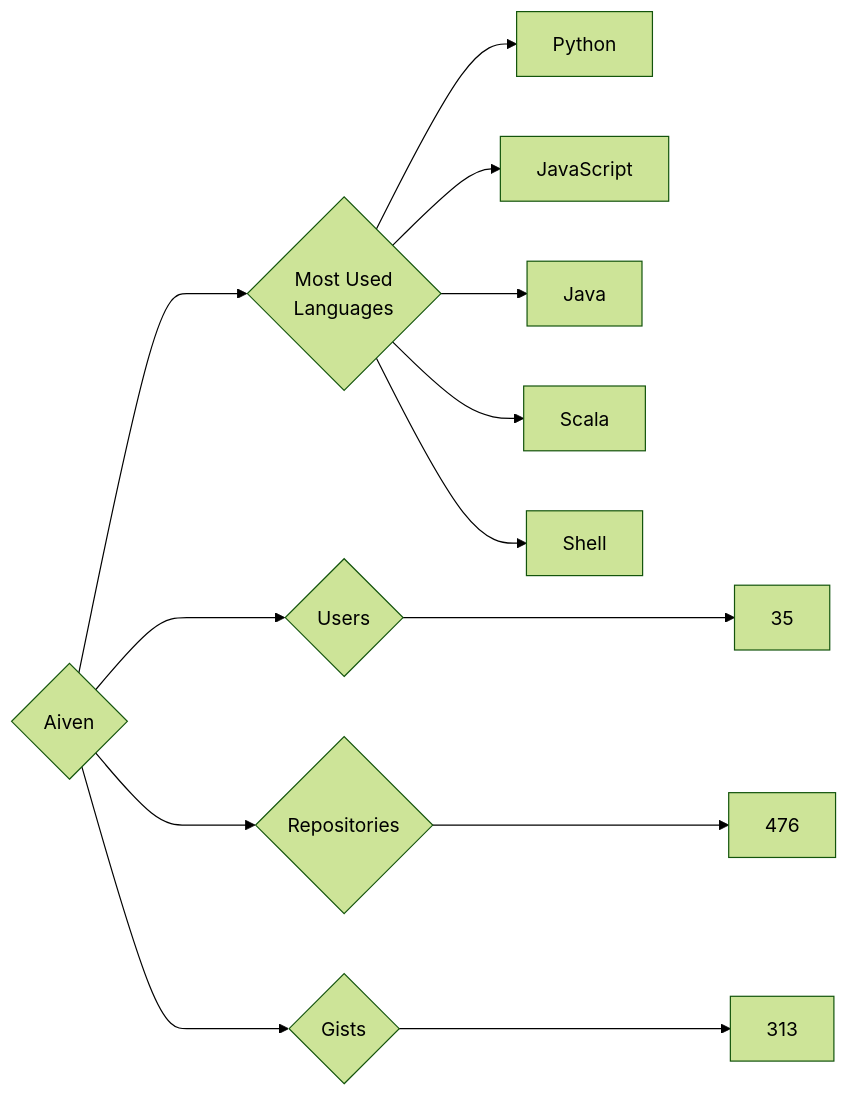
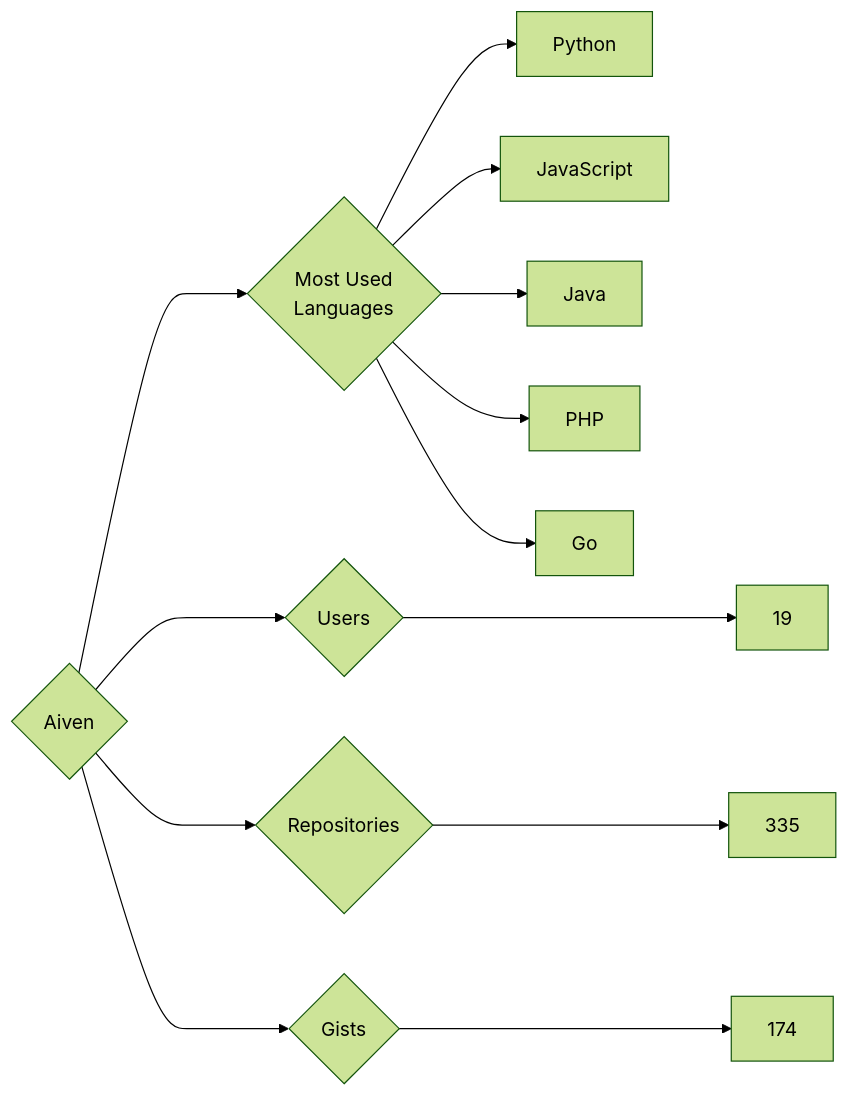
Before and after one commit to trickest/insiders: the diagram in targets/Aiven/README.md, drawn with Mermaid (forest theme). The commit also changed 676 other files, not shown here.

````diff
--- a/targets/Aiven/README.md
+++ b/targets/Aiven/README.md
@@ -3,13 +3,13 @@
 ```mermaid
 graph LR
 COMPANY_NAME{Aiven}
-COMPANY_NAME ---> U{Users} ---> UN[35]
-COMPANY_NAME ---> R{Repositories} ---> RN[476]
-COMPANY_NAME ---> G{Gists} ---> GN[313]
+COMPANY_NAME ---> U{Users} ---> UN[19]
+COMPANY_NAME ---> R{Repositories} ---> RN[335]
+COMPANY_NAME ---> G{Gists} ---> GN[174]
 COMPANY_NAME ---> ML{Most Used<br>Languages}
 ML --> Python[Python]
 ML --> JavaScript[JavaScript]
 ML --> Java[Java]
-ML --> Scala[Scala]
-ML --> Shell[Shell]
+ML --> PHP[PHP]
+ML --> Go[Go]
 ```
````
